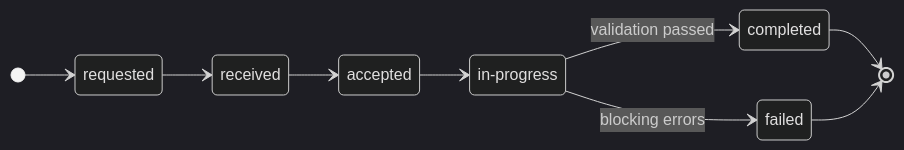
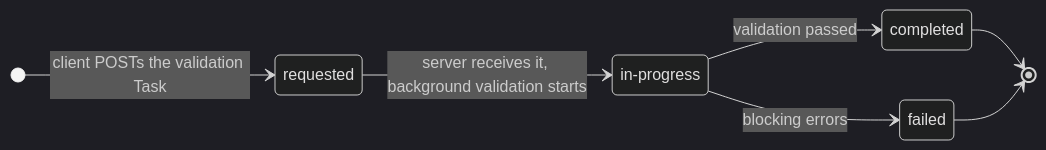
The fourth of 4 diagrams in input/pagecontent/async-validation.md (axelv/bcr), drawn with Mermaid (dark theme) before and after one commit. The commit also changed other lines of this file and 1 other file, not shown here.

First line of the commit message:
Simplify BCRValidationTask status machine to requested → in-progress → completed|failed

````diff
--- a/input/pagecontent/async-validation.md
+++ b/input/pagecontent/async-validation.md
@@ -147,13 +149,11 @@
 ```mermaid
 stateDiagram-v2
     direction LR
     state "in-progress" as inprogress
-    [*] --> requested
-    requested --> received
-    received --> accepted
-    accepted --> inprogress
+    [*] --> requested: client POSTs the validation Task
+    requested --> inprogress: server receives it, background validation starts
     inprogress --> completed: validation passed
     inprogress --> failed: blocking errors
     completed --> [*]
     failed --> [*]
 ```
````
